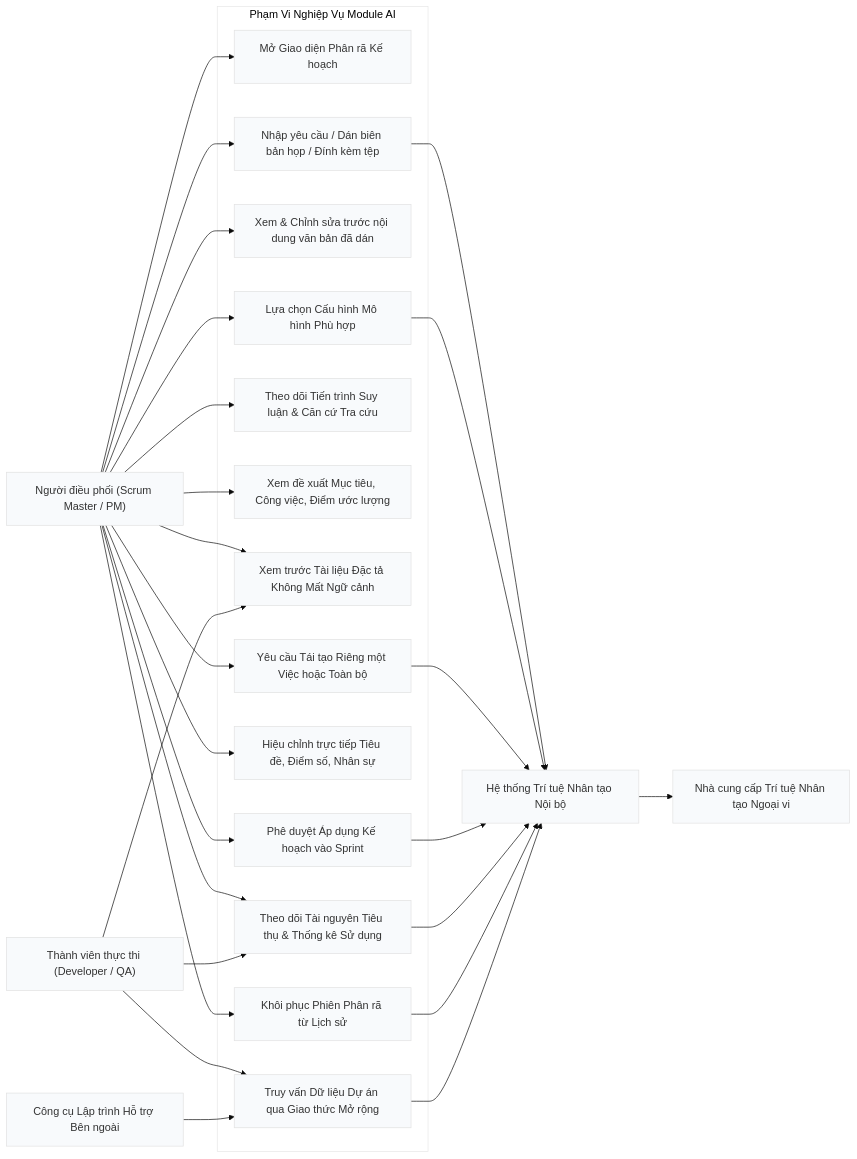
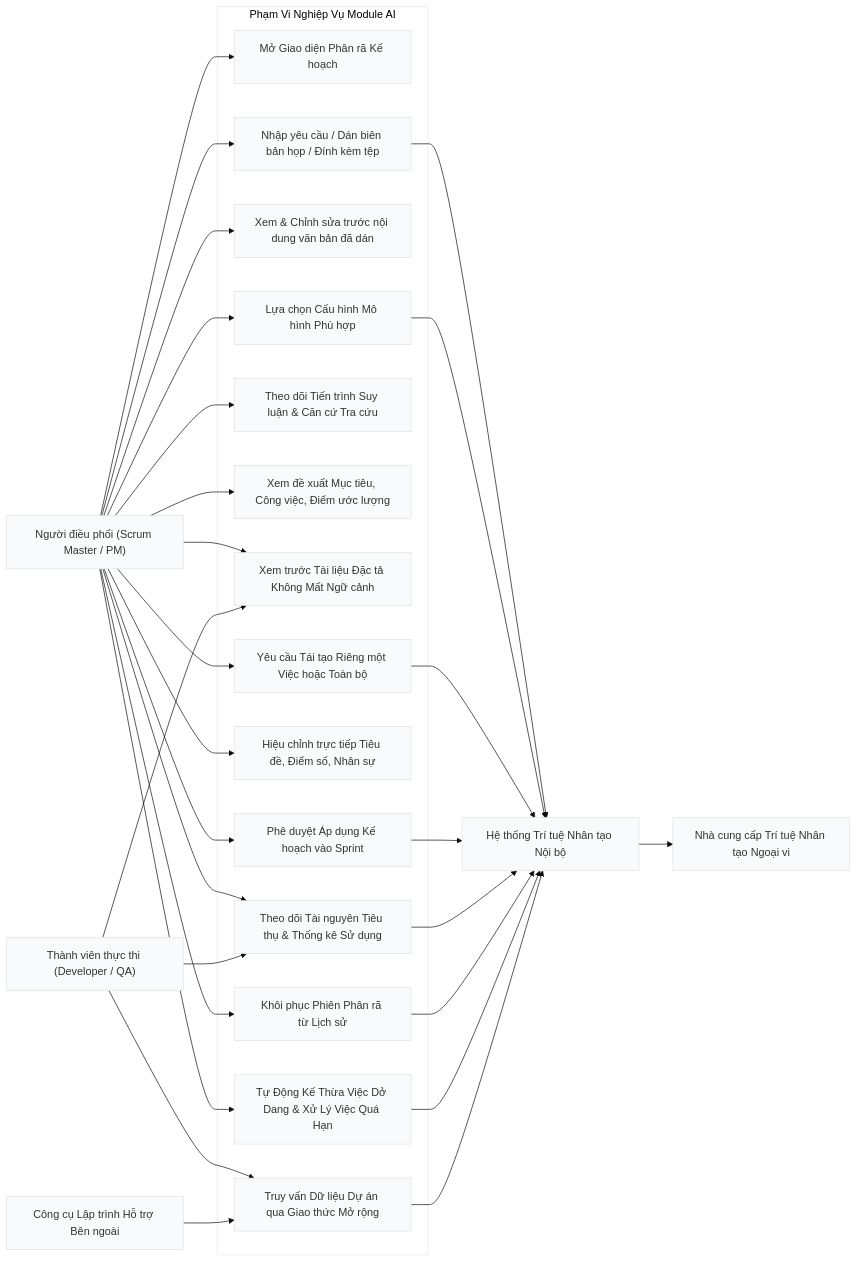
Before and after one commit to TranHoang2k40525/ProjectMgmt: the second of 2 diagrams in docs/ai/01-kien-truc-tong-quan-va-use-case.md, drawn with Mermaid. The commit also changed other lines of this file and 17 other files, not shown here.

````diff
--- a/docs/ai/01-kien-truc-tong-quan-va-use-case.md
+++ b/docs/ai/01-kien-truc-tong-quan-va-use-case.md
@@ -87,52 +93,55 @@
 ```mermaid
 %%{init: {"theme": "base", "themeVariables": {"primaryColor": "#f8fafc", "edgeLabelBackground":"#ffffff"}}}%%
 flowchart LR
     SM["Người điều phối (Scrum Master / PM)"]
     DEV["Thành viên thực thi (Developer / QA)"]
     AI["Hệ thống Trí tuệ Nhân tạo Nội bộ"]
     EXT["Nhà cung cấp Trí tuệ Nhân tạo Ngoại vi"]
     EXT_AGENT["Công cụ Lập trình Hỗ trợ Bên ngoài"]
 
     subgraph UC["Phạm Vi Nghiệp Vụ Module AI"]
         UC1["Mở Giao diện Phân rã Kế hoạch"]
         UC2["Nhập yêu cầu / Dán biên bản họp / Đính kèm tệp"]
         UC3["Xem & Chỉnh sửa trước nội dung văn bản đã dán"]
         UC4["Lựa chọn Cấu hình Mô hình Phù hợp"]
         UC5["Theo dõi Tiến trình Suy luận & Căn cứ Tra cứu"]
         UC6["Xem đề xuất Mục tiêu, Công việc, Điểm ước lượng"]
         UC7["Xem trước Tài liệu Đặc tả Không Mất Ngữ cảnh"]
         UC8["Yêu cầu Tái tạo Riêng một Việc hoặc Toàn bộ"]
         UC9["Hiệu chỉnh trực tiếp Tiêu đề, Điểm số, Nhân sự"]
         UC10["Phê duyệt Áp dụng Kế hoạch vào Sprint"]
         UC11["Truy vấn Dữ liệu Dự án qua Giao thức Mở rộng"]
         UC12["Theo dõi Tài nguyên Tiêu thụ & Thống kê Sử dụng"]
         UC13["Khôi phục Phiên Phân rã từ Lịch sử"]
+        UC14["Tự Động Kế Thừa Việc Dở Dang & Xử Lý Việc Quá Hạn"]
     end
 
     SM --> UC1
     SM --> UC2
     SM --> UC3
     SM --> UC4
     SM --> UC5
     SM --> UC6
     SM --> UC7
     SM --> UC8
     SM --> UC9
     SM --> UC10
     SM --> UC12
     SM --> UC13
+    SM --> UC14
 
     DEV --> UC7
     DEV --> UC11
     DEV --> UC12
 
     UC2 --> AI
     UC4 --> AI
     UC8 --> AI
     UC10 --> AI
     UC12 --> AI
     UC13 --> AI
+    UC14 --> AI
     AI --> EXT
     EXT_AGENT --> UC11
     UC11 --> AI
 ```
````
